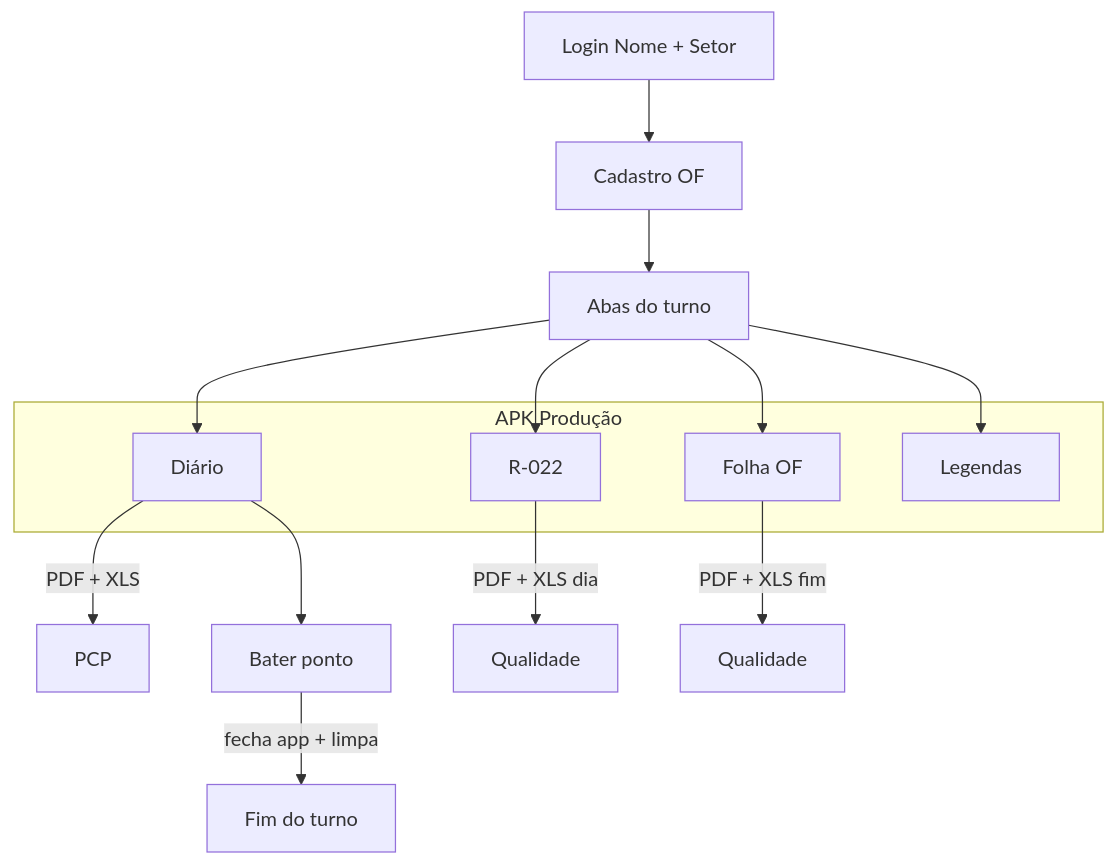
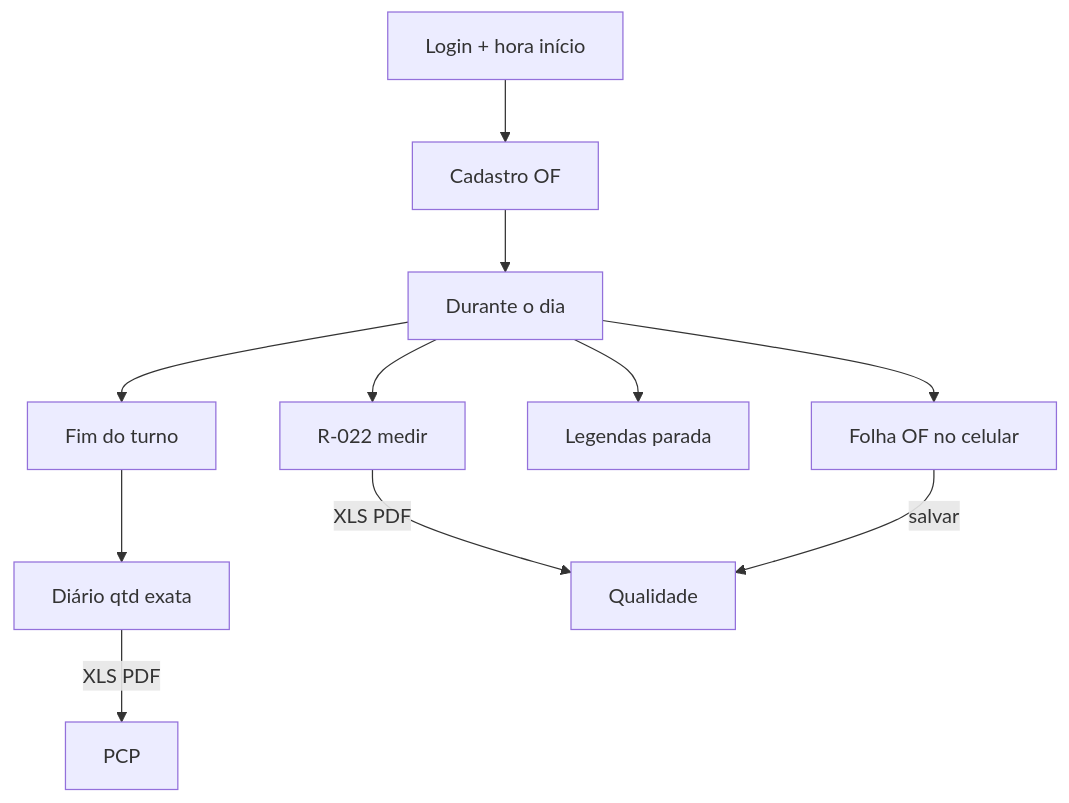
Before and after one commit to ALN2025/APK-PRODUCAO: the diagram in README.md, drawn with Mermaid. The commit also changed other lines of this file and 1 other file, not shown here.

Commit message:
release: APK Producao atualizado + README fluxo do turno

````diff
--- a/README.md
+++ b/README.md
@@ -36,28 +58,17 @@
 ```mermaid
 flowchart TB
-  login[Login Nome + Setor]
+  login[Login + hora início]
   of[Cadastro OF]
-  tabs[Abas do turno]
+  dia[Durante o dia]
+  fim[Fim do turno]
 
-  login --> of --> tabs
-
-  subgraph producao [APK Produção]
-    diario[Diário]
-    r022[R-022]
-    ordem[Folha OF]
-    legendas[Legendas]
-  end
-
-  tabs --> diario
-  tabs --> r022
-  tabs --> ordem
-  tabs --> legendas
-
-  diario -->|PDF + XLS| pcp[PCP]
-  r022 -->|PDF + XLS dia| qual1[Qualidade]
-  ordem -->|PDF + XLS fim| qual2[Qualidade]
-
-  ponto[Bater ponto]
-  diario --> ponto
-  ponto -->|fecha app + limpa| fim[Fim do turno]
+  login --> of --> dia
+  dia --> r022[R-022 medir]
+  dia --> leg[Legendas parada]
+  dia --> ordem[Folha OF no celular]
+  dia --> fim
+  fim --> diario[Diário qtd exata]
+  diario -->|XLS PDF| pcp[PCP]
+  r022 -->|XLS PDF| qual[Qualidade]
+  ordem -->|salvar| qual
 ```
````
